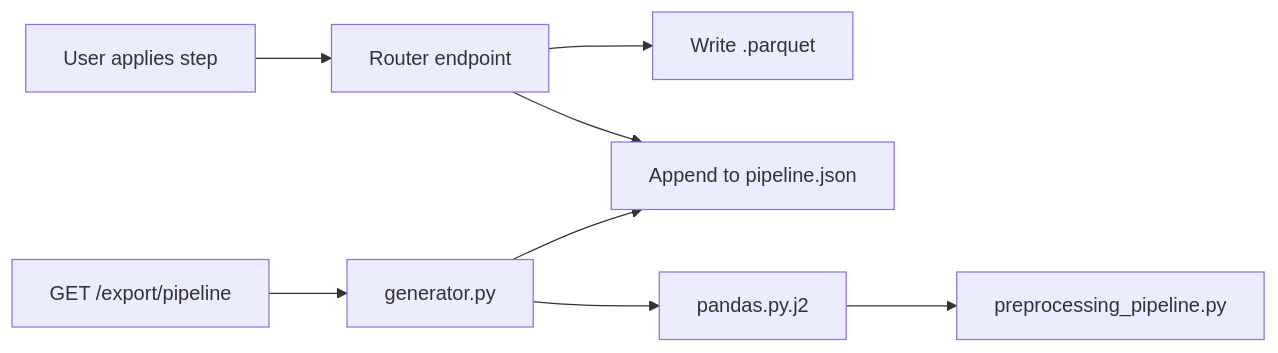
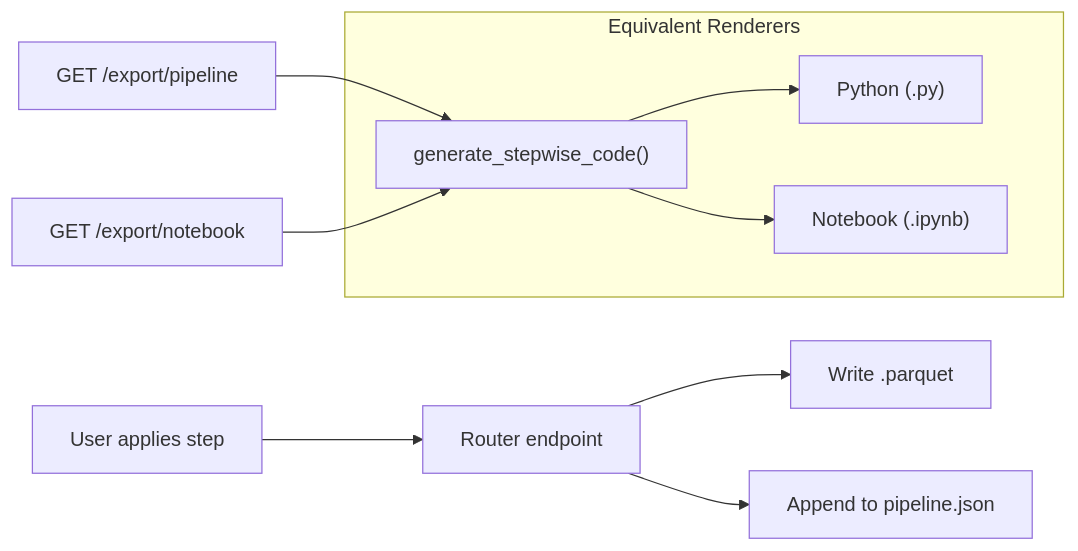
The third of 3 diagrams in SYSTEM_DOCUMENT.md (naveencreation/Preprocessing-Tool), drawn with Mermaid before and after one commit. The commit also changed other lines of this file and 11 other files, not shown here.

````diff
--- a/SYSTEM_DOCUMENT.md
+++ b/SYSTEM_DOCUMENT.md
@@ -640,11 +640,17 @@
 ```mermaid
 flowchart LR
     UI["User applies step"] --> Router["Router endpoint"]
     Router --> Parquet["Write .parquet"]
     Router --> Manifest["Append to pipeline.json"]
     
-    Export["GET /export/pipeline"] --> Generator["generator.py"]
-    Generator --> Manifest
-    Generator --> Template["pandas.py.j2"]
-    Template --> Code["preprocessing_pipeline.py"]
+    subgraph Renderers["Equivalent Renderers"]
+        Generator["generate_stepwise_code()"]
+        PyExport["Python (.py)"]
+        NbExport["Notebook (.ipynb)"]
+    end
+    
+    Export["GET /export/pipeline"] --> Generator
+    NotebookExport["GET /export/notebook"] --> Generator
+    Generator --> PyExport
+    Generator --> NbExport
 ```
````
